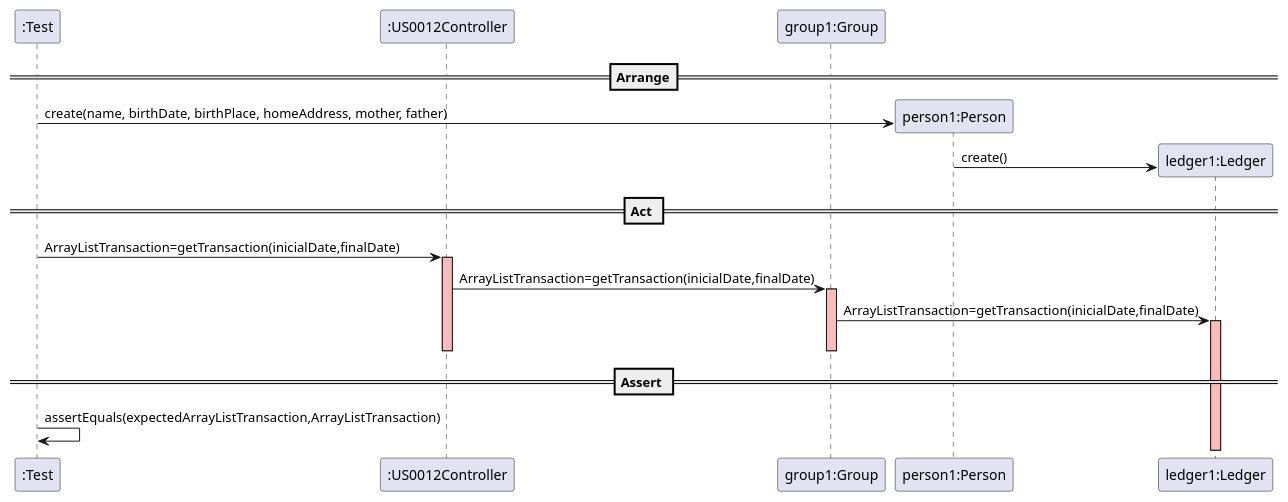
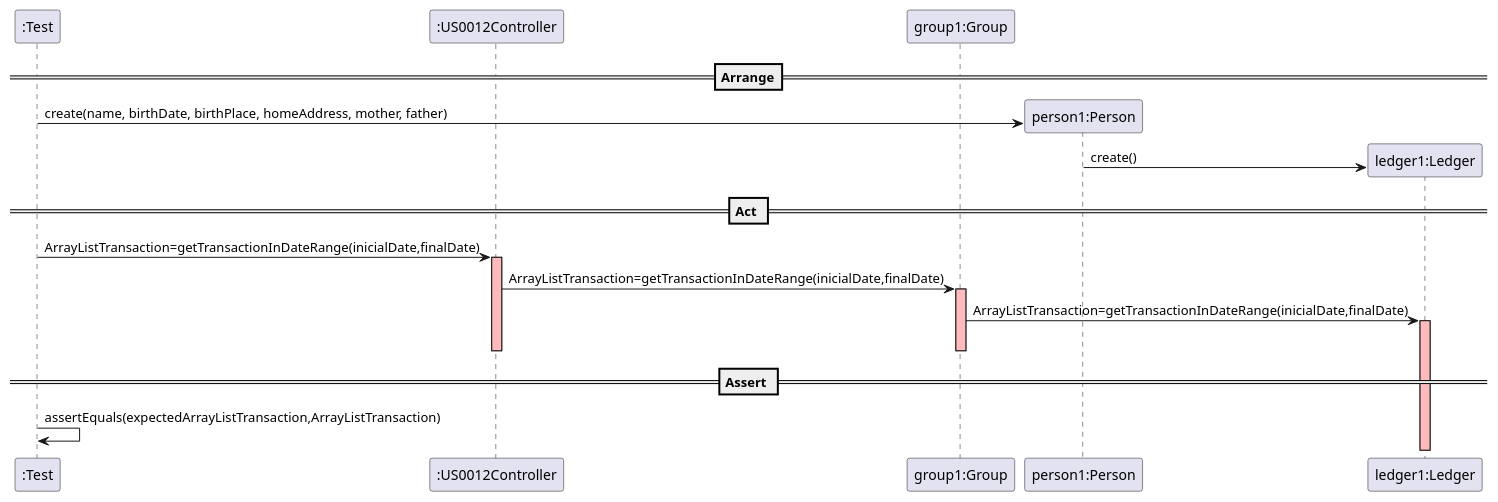
Before and after one commit to mleitaoribeiro/DevOpsMaven: the diagram in docs/SequenceDiagram - US012.puml, drawn with PlantUML.

```diff
--- a/docs/SequenceDiagram - US012.puml
+++ b/docs/SequenceDiagram - US012.puml
@@ -1,35 +1,35 @@
 @startuml
 create ":Test"
 
 ==Arrange==
 create ":US0012Controller"
 create "group1:Group"
 
 
 create "person1:Person"
 ":Test" -> "person1:Person" : create(name, birthDate, birthPlace, homeAddress, mother, father)
 
 create "ledger1:Ledger"
 "person1:Person" -> "ledger1:Ledger" : create()
 
 == Act ==
 
-":Test" -> ":US0012Controller" : ArrayListTransaction=getTransaction(inicialDate,finalDate)
+":Test" -> ":US0012Controller" : ArrayListTransaction=getTransactionInDateRange(inicialDate,finalDate)
 activate ":US0012Controller"  #FFBBBB
 
-":US0012Controller" -> "group1:Group" : ArrayListTransaction=getTransaction(inicialDate,finalDate)
+":US0012Controller" -> "group1:Group" : ArrayListTransaction=getTransactionInDateRange(inicialDate,finalDate)
 activate "group1:Group"  #FFBBBB
 
-"group1:Group" -> "ledger1:Ledger" : ArrayListTransaction=getTransaction(inicialDate,finalDate)
+"group1:Group" -> "ledger1:Ledger" : ArrayListTransaction=getTransactionInDateRange(inicialDate,finalDate)
 activate "ledger1:Ledger"  #FFBBBB
 
 
 
 deactivate "group1:Group"  #FFBBBB
 deactivate ":US0012Controller"  #FFBBBB
 
 == Assert ==
 
 ":Test" -> ":Test" : assertEquals(expectedArrayListTransaction,ArrayListTransaction)
 
 @enduml
```
